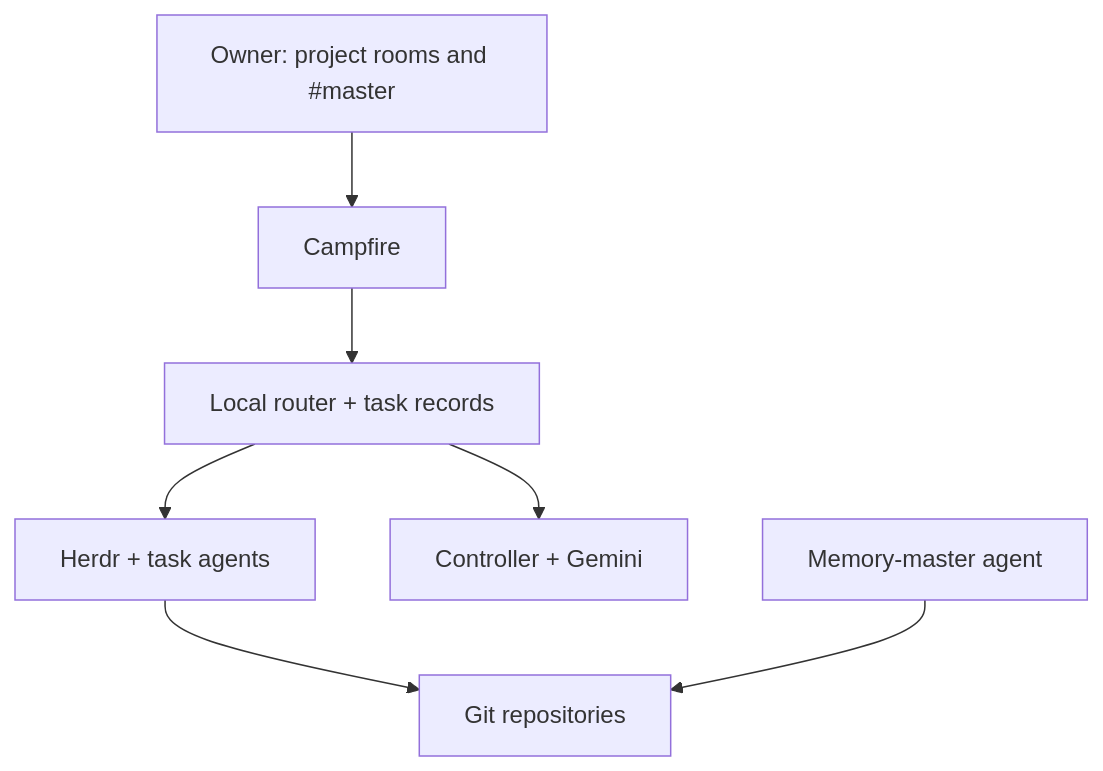
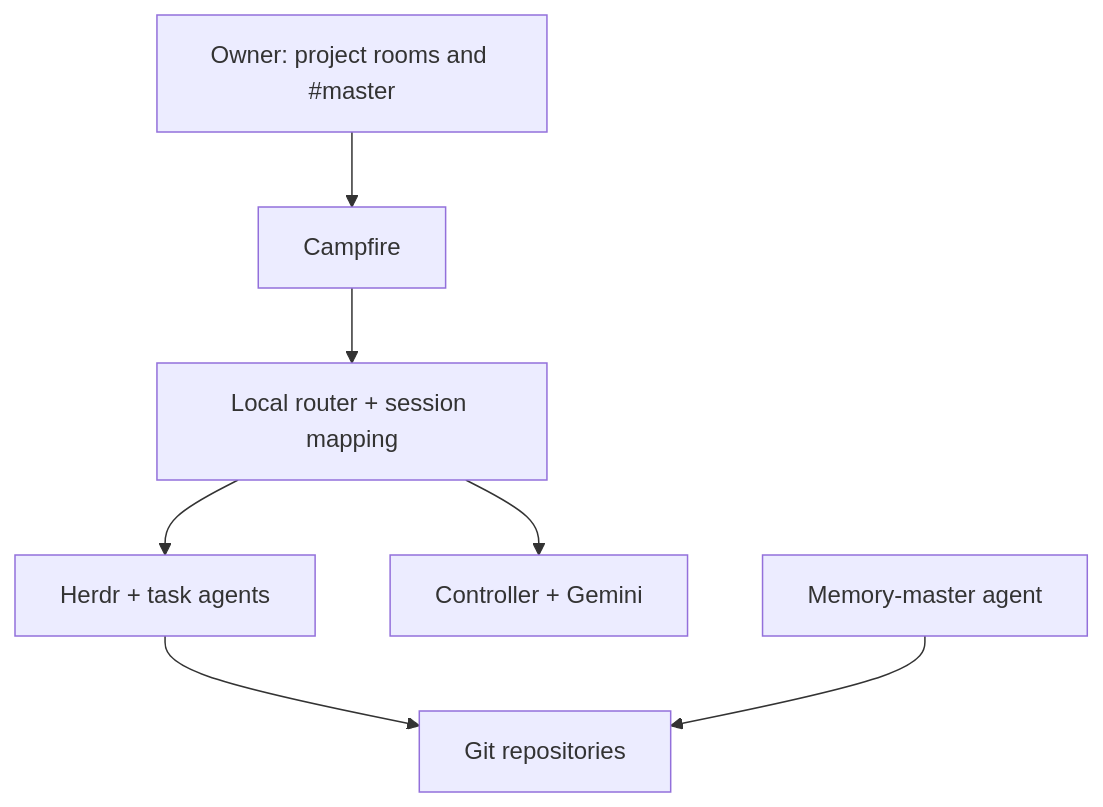
The diagram in docs/agent-fleet-architecture-and-review.md (swiknaba/digitaltwin), drawn with Mermaid before and after one commit. The commit also changed other lines of this file, not shown here.

````diff
--- a/docs/agent-fleet-architecture-and-review.md
+++ b/docs/agent-fleet-architecture-and-review.md
@@ -28,9 +28,9 @@
 ```mermaid
 flowchart TD
     Owner["Owner: project rooms and #master"] --> Campfire["Campfire"]
-    Campfire --> Router["Local router + task records"]
+    Campfire --> Router["Local router + session mapping"]
     Router --> Herdr["Herdr + task agents"]
     Router --> Controller["Controller + Gemini"]
     Herdr --> Git["Git repositories"]
     Memory["Memory-master agent"] --> Git
 ```
````
